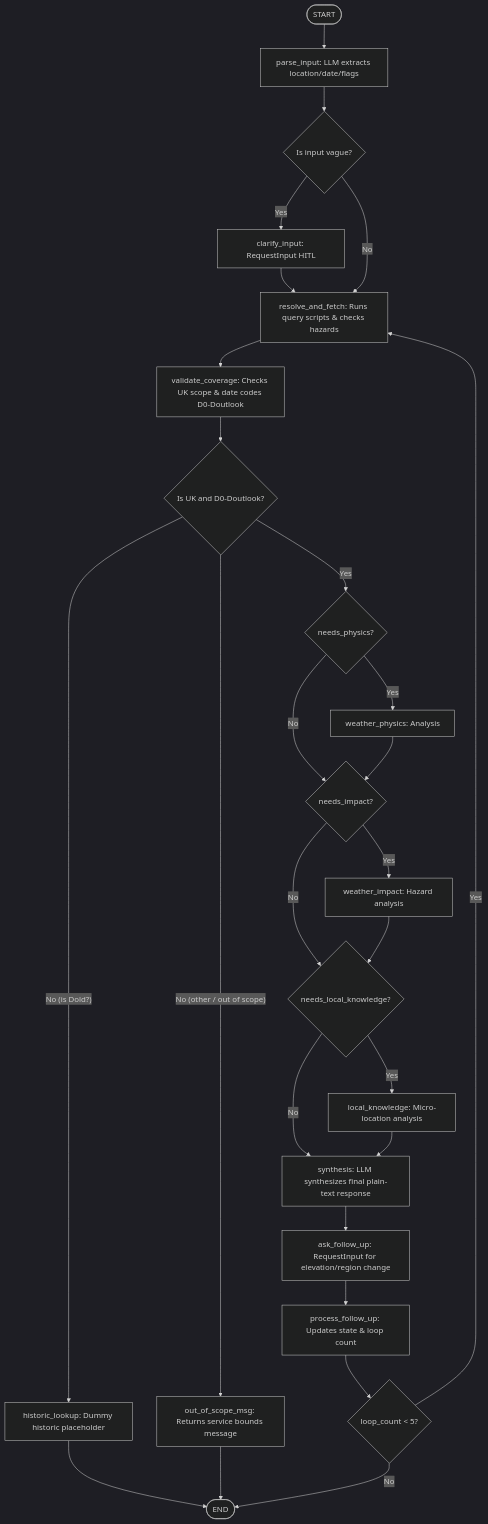
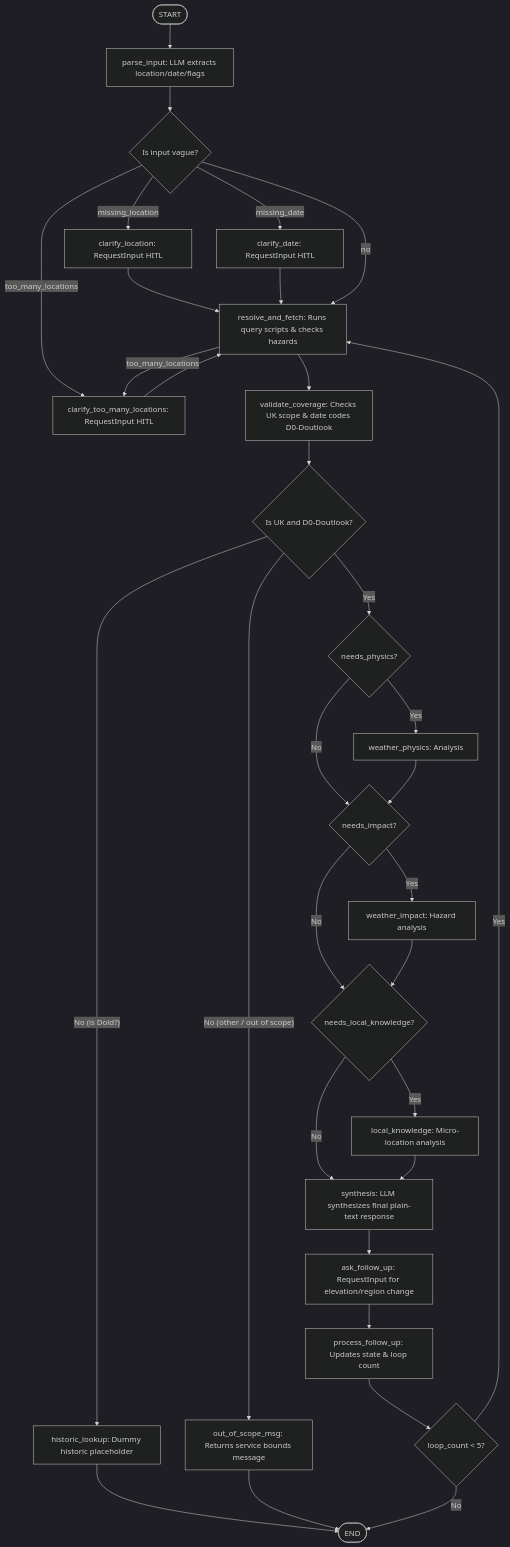
One commit to MehmetKaratay/MWISagent changed the diagram in docs/agent_workflow.md. Above: the diagram before and after it, drawn with Mermaid (dark theme). The commit also changed other lines of this file and 4 other files, not shown here.

````diff
--- a/docs/agent_workflow.md
+++ b/docs/agent_workflow.md
@@ -9,47 +9,53 @@
 ```mermaid
 graph TD
     START([START]) --> parse_input[parse_input: LLM extracts location/date/flags]
     parse_input --> check_ambiguity{Is input vague?}
 
-    %% Ambiguity route
-    check_ambiguity -- Yes --> clarify_input[clarify_input: RequestInput HITL]
-    clarify_input --> resolve_and_fetch
+    %% Ambiguity routes
+    check_ambiguity -- missing_location --> clarify_location[clarify_location: RequestInput HITL]
+    check_ambiguity -- missing_date --> clarify_date[clarify_date: RequestInput HITL]
+    check_ambiguity -- too_many_locations --> clarify_too_many_locations[clarify_too_many_locations: RequestInput HITL]
+
+    clarify_location --> resolve_and_fetch
+    clarify_date --> resolve_and_fetch
+    clarify_too_many_locations --> resolve_and_fetch
 
     %% Clear route
-    check_ambiguity -- No --> resolve_and_fetch[resolve_and_fetch: Runs query scripts & checks hazards]
+    check_ambiguity -- no --> resolve_and_fetch[resolve_and_fetch: Runs query scripts & checks hazards]
 
+    resolve_and_fetch -- too_many_locations --> clarify_too_many_locations
     resolve_and_fetch --> validate_coverage[validate_coverage: Checks UK scope & date codes D0-Doutlook]
 
     validate_coverage --> check_valid{Is UK and D0-Doutlook?}
 
     %% Non-valid routing
     check_valid -- No (is Dold?) --> historic_lookup[historic_lookup: Dummy historic placeholder]
     check_valid -- No (other / out of scope) --> out_of_scope_msg[out_of_scope_msg: Returns service bounds message]
 
     historic_lookup --> END([END])
     out_of_scope_msg --> END
 
     %% Valid routing
     check_valid -- Yes --> check_physics{needs_physics?}
 
     check_physics -- Yes --> weather_physics[weather_physics: Analysis]
     check_physics -- No --> check_impact{needs_impact?}
 
     weather_physics --> check_impact
     check_impact -- Yes --> weather_impact[weather_impact: Hazard analysis]
     check_impact -- No --> check_local{needs_local_knowledge?}
 
     weather_impact --> check_local
     check_local -- Yes --> local_knowledge[local_knowledge: Micro-location analysis]
     check_local -- No --> synthesis
 
     local_knowledge --> synthesis[synthesis: LLM synthesizes final plain-text response]
 
     %% Follow-up interactive loop
     synthesis --> ask_follow_up[ask_follow_up: RequestInput for elevation/region change]
     ask_follow_up --> process_follow_up[process_follow_up: Updates state & loop count]
     process_follow_up --> check_loop_limit{loop_count < 5?}
 
     check_loop_limit -- Yes --> resolve_and_fetch
     check_loop_limit -- No --> END
 ```
````
